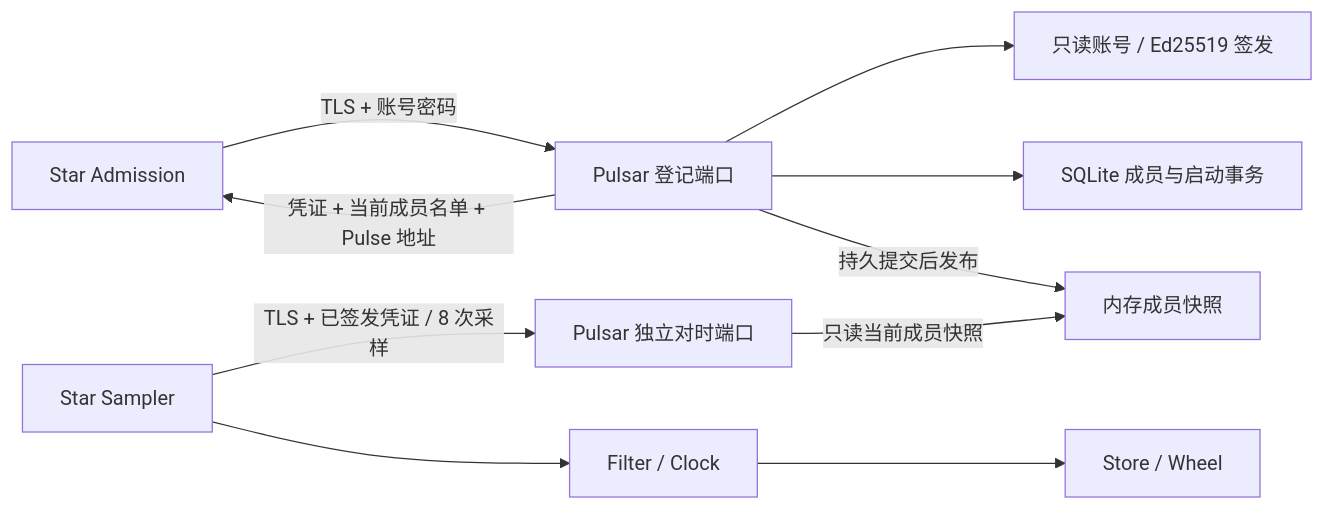
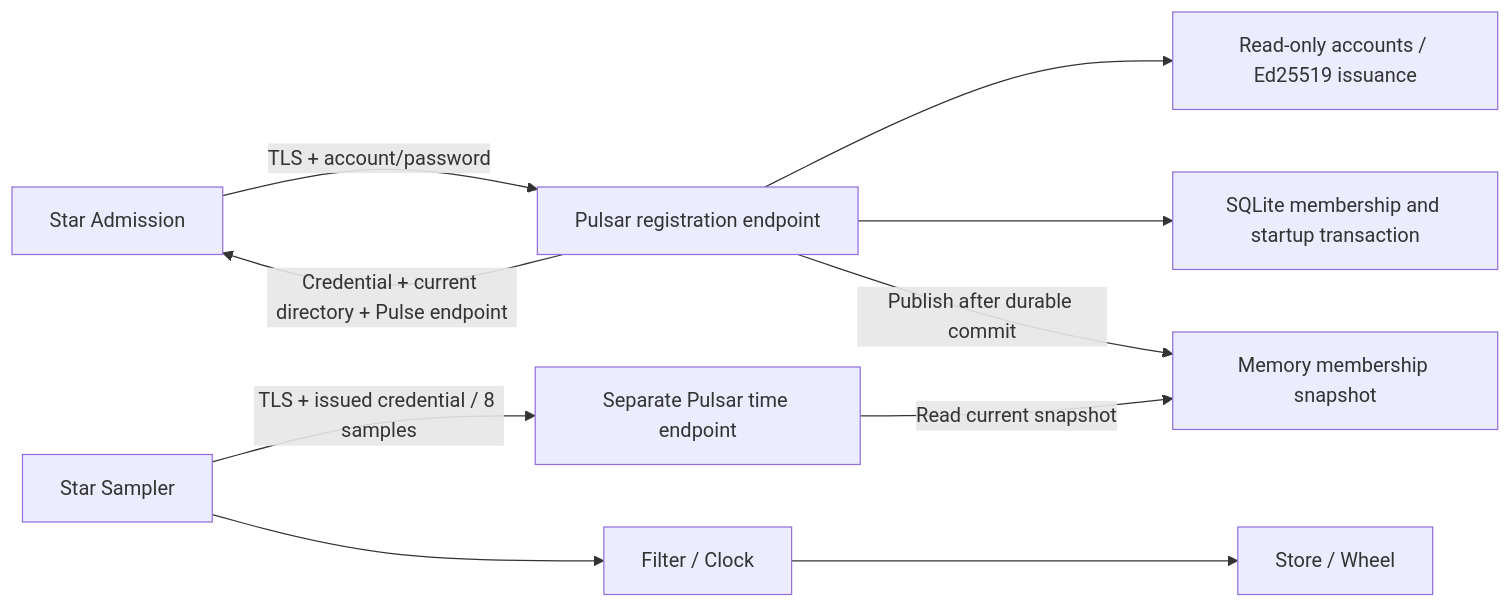
The diagram in astra/pulsar/README.md (eosforge/verdandi), drawn with Mermaid before and after one commit. The commit also changed other lines of this file and 53 other files, not shown here.

````diff
--- a/astra/pulsar/README.md
+++ b/astra/pulsar/README.md
@@ -14,12 +15,12 @@
 ```mermaid
 flowchart LR
-    S[Star Admission] -->|TLS + 账号密码| I[Pulsar 登记端口]
-    I --> A[只读账号 / Ed25519 签发]
-    I --> L[SQLite 成员与启动事务]
-    I -->|持久提交后发布| V[内存成员快照]
-    I -->|凭证 + 当前成员名单 + Pulse 地址| S
-    C[Star Sampler] -->|TLS + 已签发凭证 / 8 次采样| P[Pulsar 独立对时端口]
-    P -->|只读当前成员快照| V
+    S[Star Admission] -->|TLS + account/password| I[Pulsar registration endpoint]
+    I --> A[Read-only accounts / Ed25519 issuance]
+    I --> L[SQLite membership and startup transaction]
+    I -->|Publish after durable commit| V[Memory membership snapshot]
+    I -->|Credential + current directory + Pulse endpoint| S
+    C[Star Sampler] -->|TLS + issued credential / 8 samples| P[Separate Pulsar time endpoint]
+    P -->|Read current snapshot| V
     C --> F[Filter / Clock]
     F --> T[Store / Wheel]
 ```
````
